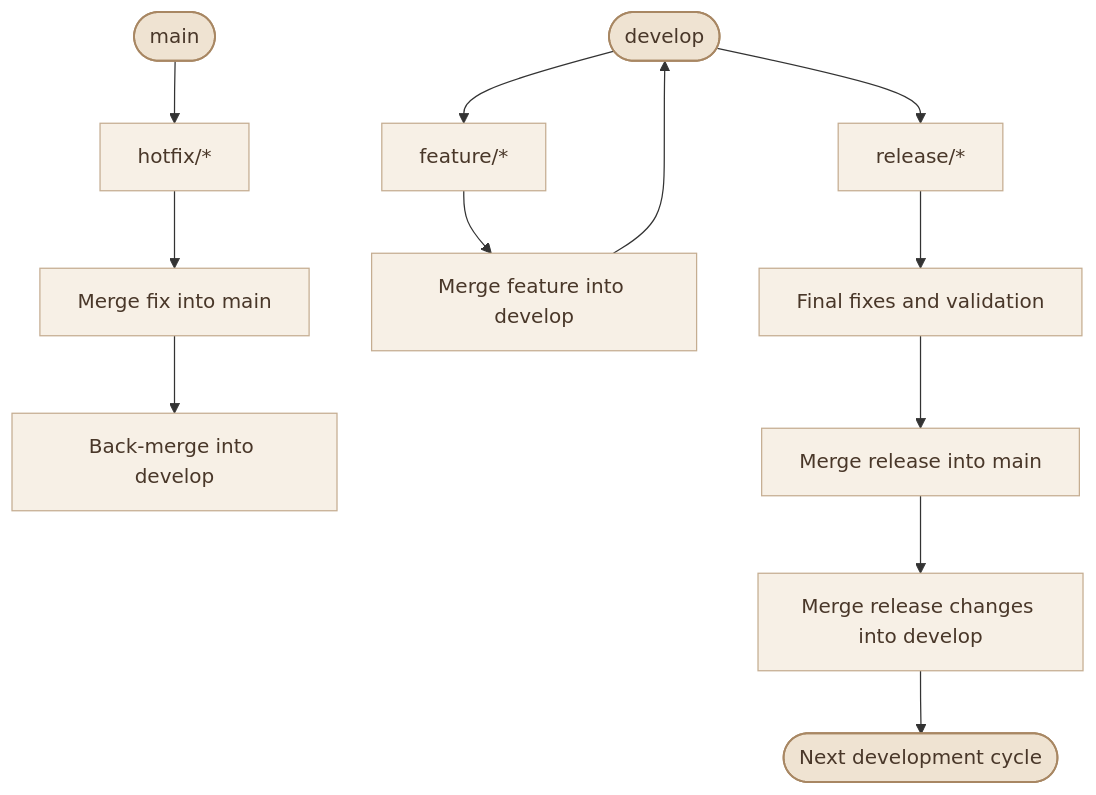
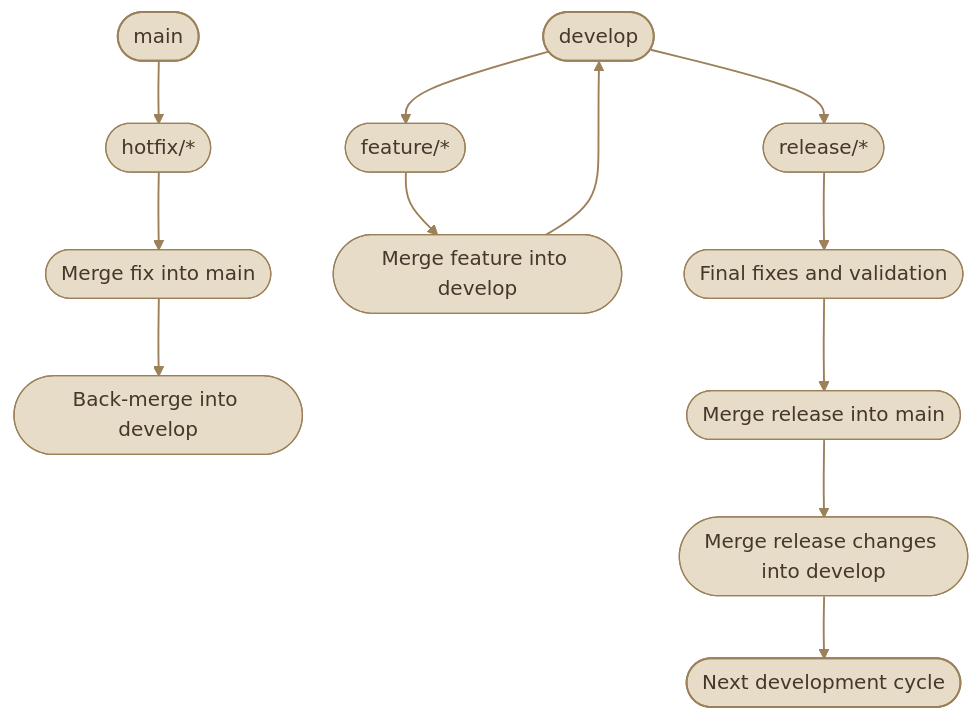
The third of 4 diagrams in content/version-control/Git and GitHub/git-workflows.mdx (mustafammasoud/ops-handbook), drawn with Mermaid before and after one commit. The commit also changed other lines of this file and 17 other files, not shown here.

````diff
--- a/content/version-control/Git and GitHub/git-workflows.mdx
+++ b/content/version-control/Git and GitHub/git-workflows.mdx
@@ -268,21 +286,23 @@
 ```mermaid
 flowchart TD
-    A(["main"]) --> B["hotfix/*"]
-    B --> C["Merge fix into main"]
-    C --> D["Back-merge into develop"]
+    A(["main"]) --> B(["hotfix/*"])
+    B --> C(["Merge fix into main"])
+    C --> D(["Back-merge into develop"])
 
-    E(["develop"]) --> F["feature/*"]
-    F --> G["Merge feature into develop"]
+    E(["develop"]) --> F(["feature/*"])
+    F --> G(["Merge feature into develop"])
     G --> E
 
-    E --> H["release/*"]
-    H --> I["Final fixes and validation"]
-    I --> J["Merge release into main"]
-    J --> K["Merge release changes into develop"]
+    E --> H(["release/*"])
+    H --> I(["Final fixes and validation"])
+    I --> J(["Merge release into main"])
+    J --> K(["Merge release changes into develop"])
     K --> L(["Next development cycle"])
 
-    classDef branch fill:#efe3d2,stroke:#a88763,color:#493729,stroke-width:1.5px
-    classDef action fill:#f7f0e6,stroke:#c5ad91,color:#493729,stroke-width:1px
+    classDef branch fill:#E7DCC8,stroke:#9B8059,color:#46372A,stroke-width:1.5px
+    classDef action fill:#E7DCC8,stroke:#9B8059,color:#46372A,stroke-width:1px
     class A,E,L branch
     class B,C,D,F,G,H,I,J,K action
+
+    linkStyle default stroke:#9B8059,stroke-width:1.5px
 ```
````
